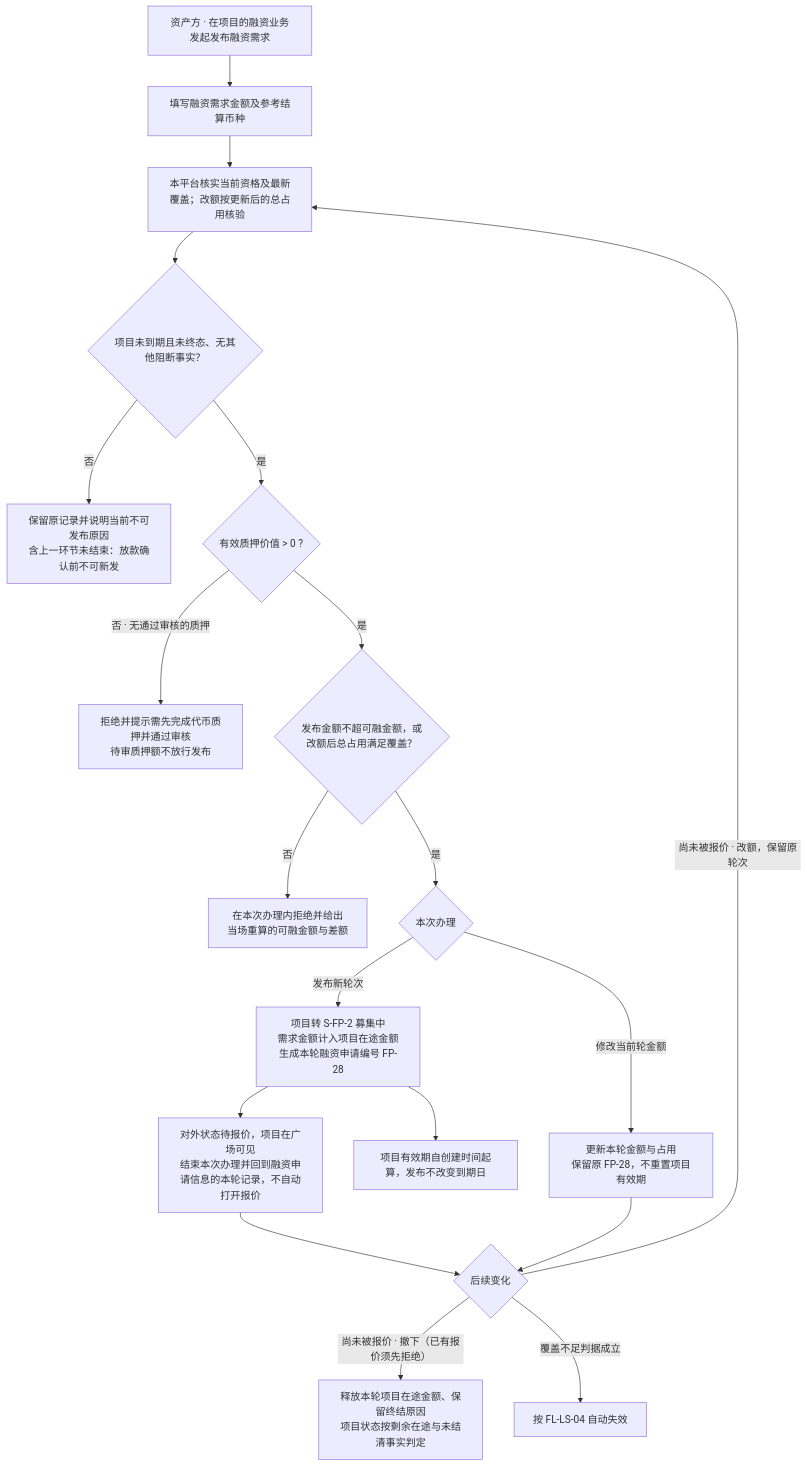
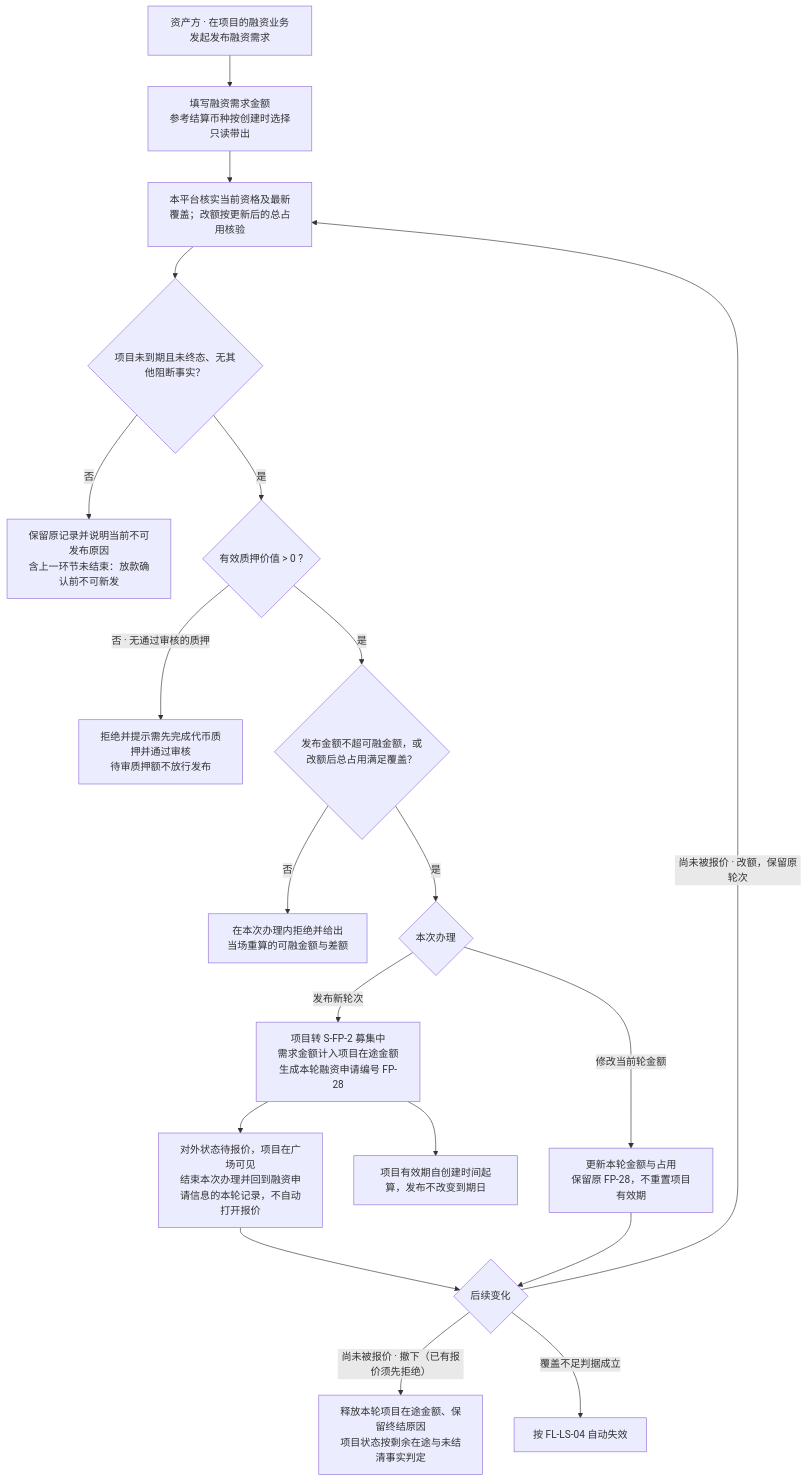
The second of 10 diagrams in lending-platform/PRD/面客端/05-借贷广场-融资需求与代币质押/02-融资需求与代币质押-流程图与状态机.md (wxblockchain/Chain-Financing), drawn with Mermaid before and after one commit. The commit also changed other lines of this file and 2 other files, not shown here.

````diff
--- a/lending-platform/PRD/面客端/05-借贷广场-融资需求与代币质押/02-融资需求与代币质押-流程图与状态机.md
+++ b/lending-platform/PRD/面客端/05-借贷广场-融资需求与代币质押/02-融资需求与代币质押-流程图与状态机.md
@@ -71,21 +71,21 @@
 ```mermaid
 flowchart TD
-  A["资产方 · 在项目的融资业务发起发布融资需求"] --> B["填写融资需求金额及参考结算币种"]
+  A["资产方 · 在项目的融资业务发起发布融资需求"] --> B["填写融资需求金额<br/>参考结算币种按创建时选择只读带出"]
   B --> C["本平台核实当前资格及最新覆盖；改额按更新后的总占用核验"]
   C --> P{"项目未到期且未终态、无其他阻断事实？"}
   P -- "否" --> STOP["保留原记录并说明当前不可发布原因<br/>含上一环节未结束：放款确认前不可新发"]
   P -- "是" --> D{"有效质押价值 > 0 ?"}
   D -- "否 · 无通过审核的质押" --> E["拒绝并提示需先完成代币质押并通过审核<br/>待审质押额不放行发布"]
   D -- "是" --> F{"发布金额不超可融金额，或改额后总占用满足覆盖？"}
   F -- "否" --> G["在本次办理内拒绝并给出<br/>当场重算的可融金额与差额"]
   F -- "是" --> T{"本次办理"}
   T -- "发布新轮次" --> H["项目转 S-FP-2 募集中<br/>需求金额计入项目在途金额<br/>生成本轮融资申请编号 FP-28"]
   T -- "修改当前轮金额" --> R["更新本轮金额与占用<br/>保留原 FP-28，不重置项目有效期"]
   H --> I["项目有效期自创建时间起算，发布不改变到期日"]
   H --> J["对外状态待报价，项目在广场可见<br/>结束本次办理并回到融资申请信息的本轮记录，不自动打开报价"]
   J --> K{"后续变化"}
   R --> K
   K -- "尚未被报价 · 改额，保留原轮次" --> C
   K -- "尚未被报价 · 撤下（已有报价须先拒绝）" --> L["释放本轮项目在途金额、保留终结原因<br/>项目状态按剩余在途与未结清事实判定"]
   K -- "覆盖不足判据成立" --> M["按 FL-LS-04 自动失效"]
 ```
````
